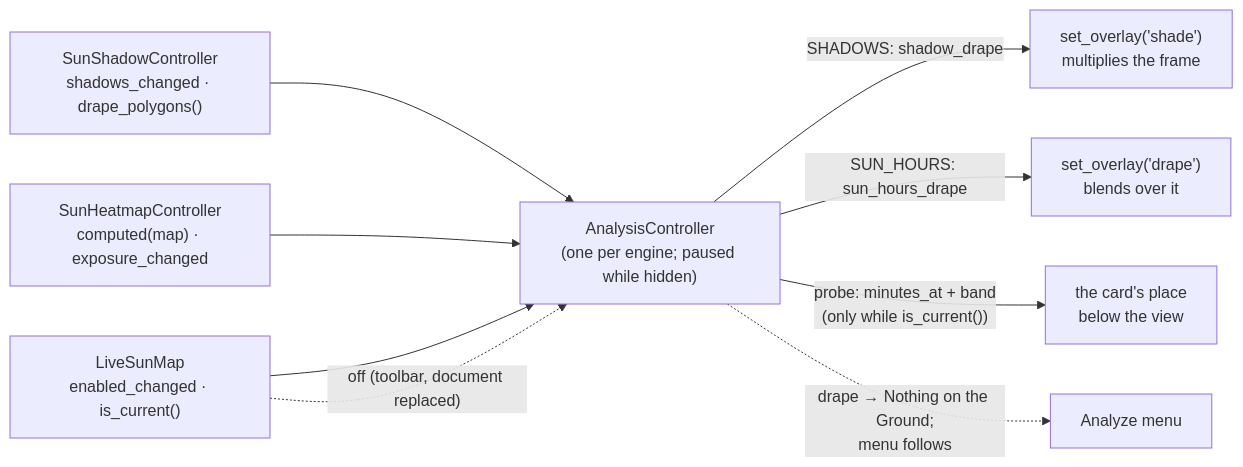
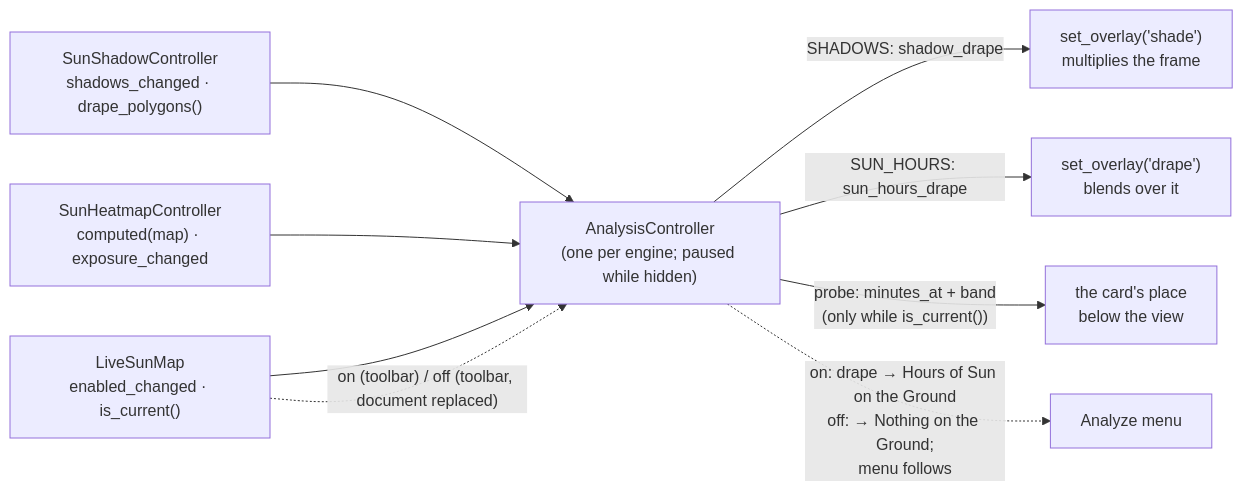
Diagram 21 of 25 in docs/06-runtime-view/README.md (cofade/open-garden-planner), drawn with Mermaid before and after one commit. The commit also changed other lines of this file and 31 other files, not shown here.

First line of the commit message:
fix(#386): owner manual pass 1 - the 3D drape follows Hours of Sun on, shadows lie on the lawn

````diff
--- a/docs/06-runtime-view/README.md
+++ b/docs/06-runtime-view/README.md
@@ -564,12 +564,12 @@
 ```mermaid
 flowchart LR
     SC["SunShadowController<br/>shadows_changed · drape_polygons()"] --> AC
     HM["SunHeatmapController<br/>computed(map) · exposure_changed"] --> AC
     LS["LiveSunMap<br/>enabled_changed · is_current()"] --> AC
     AC["AnalysisController<br/>(one per engine; paused while hidden)"]
     AC -- "SHADOWS: shadow_drape" --> SH["set_overlay('shade')<br/>multiplies the frame"]
     AC -- "SUN_HOURS: sun_hours_drape" --> DR["set_overlay('drape')<br/>blends over it"]
     AC -- "probe: minutes_at + band<br/>(only while is_current())" --> CARD["the card's place<br/>below the view"]
-    LS -. "off (toolbar, document replaced)" .-> AC
-    AC -. "drape → Nothing on the Ground;<br/>menu follows" .-> MENU["Analyze menu"]
+    LS -. "on (toolbar) / off (toolbar, document replaced)" .-> AC
+    AC -. "on: drape → Hours of Sun on the Ground<br/>off: → Nothing on the Ground;<br/>menu follows" .-> MENU["Analyze menu"]
 ```
````
